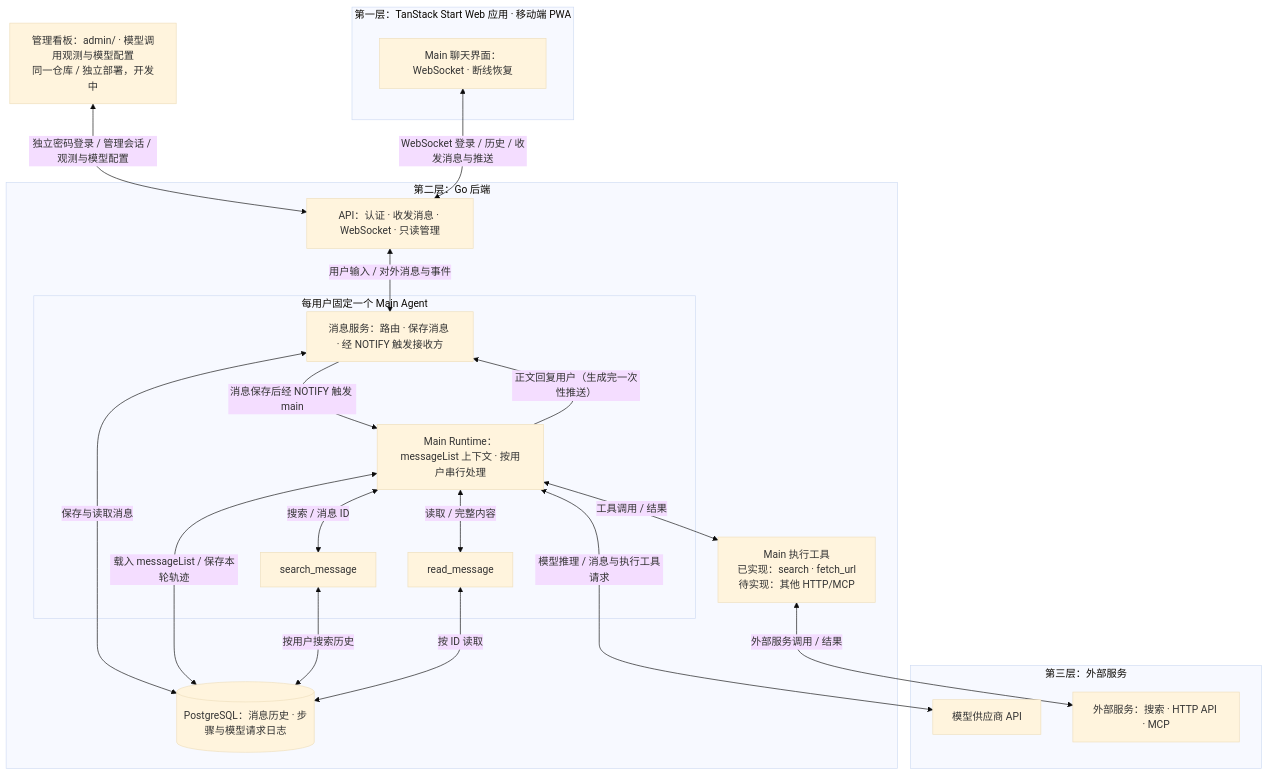
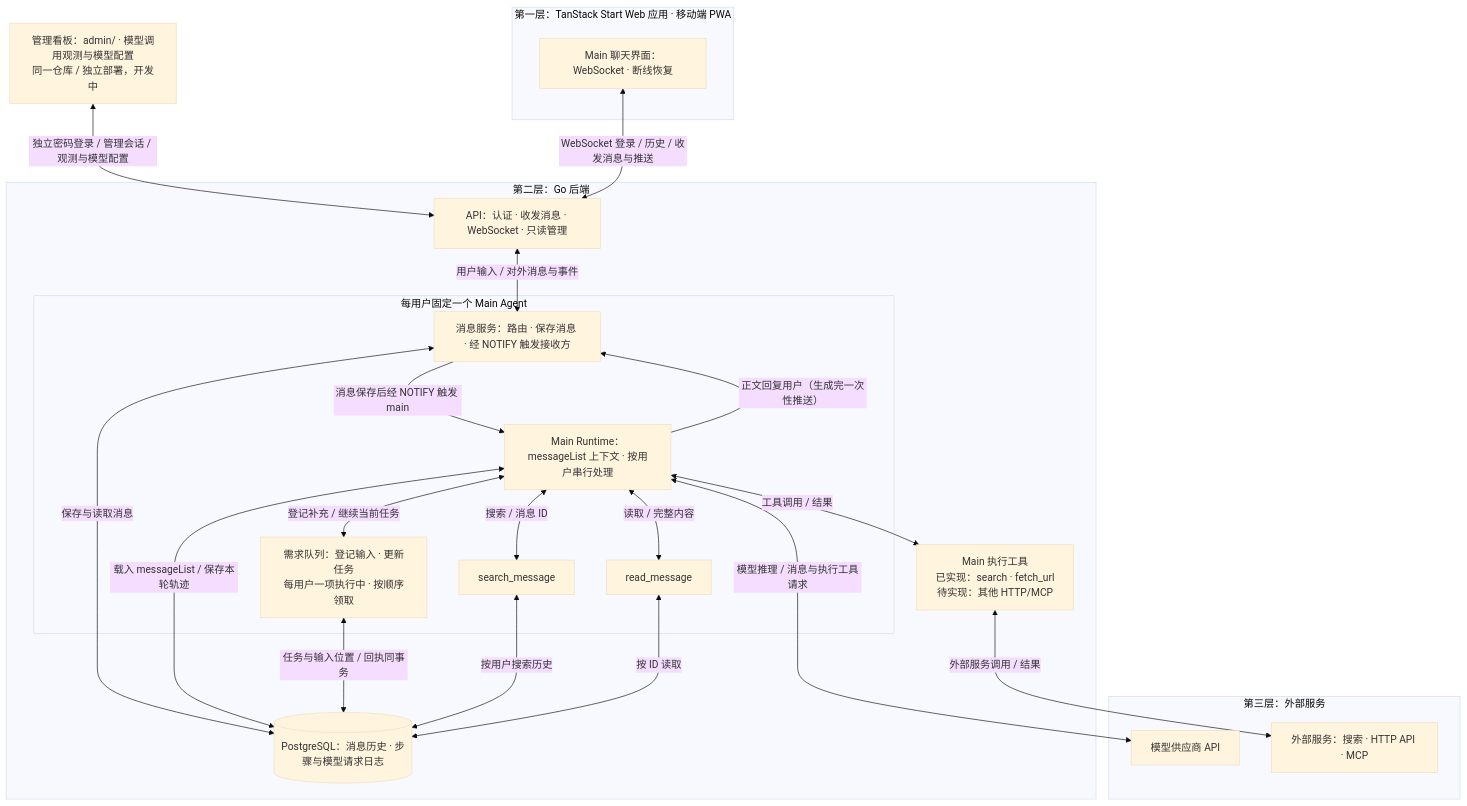
One commit to OmniNetOpensource/aether-personal changed the diagram in docs/architecture.mmd. Above: the diagram before and after it, drawn with Mermaid (base theme). The commit also changed 23 other files, not shown here.

```diff
--- a/docs/architecture.mmd
+++ b/docs/architecture.mmd
@@ -1,42 +1,45 @@
 flowchart TD
     subgraph L1["第一层：TanStack Start Web 应用 · 移动端 PWA"]
         CLIENT["Main 聊天界面：WebSocket · 断线恢复"]
     end
 
     subgraph L2["第二层：Go 后端"]
         API["API：认证 · 收发消息 · WebSocket · 只读管理"]
         MESSAGES["消息服务：路由 · 保存消息 · 经 NOTIFY 触发接收方"]
         DB[("PostgreSQL：消息历史 · 步骤与模型请求日志")]
 
         subgraph MAINBOX["每用户固定一个 Main Agent"]
             MAIN["Main Runtime：messageList 上下文 · 按用户串行处理"]
+            TASKS["需求队列：登记输入 · 更新任务<br/>每用户一项执行中 · 按顺序领取"]
             SEARCH["search_message"]
             READ["read_message"]
 
+            MAIN <-->|"登记补充 / 继续当前任务"| TASKS
             MAIN <-->|"搜索 / 消息 ID"| SEARCH
             MAIN <-->|"读取 / 完整内容"| READ
             MAIN -->|"正文回复用户（生成完一次性推送）"| MESSAGES
         end
 
         TOOLS["Main 执行工具<br/>已实现：search · fetch_url<br/>待实现：其他 HTTP/MCP"]
         MAIN <-->|"工具调用 / 结果"| TOOLS
         API <-->|"用户输入 / 对外消息与事件"| MESSAGES
         MESSAGES <-->|"保存与读取消息"| DB
         MESSAGES -->|"消息保存后经 NOTIFY 触发 main"| MAIN
         MAIN <-->|"载入 messageList / 保存本轮轨迹"| DB
 
+        TASKS <-->|"任务与输入位置 / 回执同事务"| DB
         SEARCH <-->|"按用户搜索历史"| DB
         READ <-->|"按 ID 读取"| DB
 
     end
 
     subgraph L3["第三层：外部服务"]
         MODEL["模型供应商 API"]
         EXTERNAL["外部服务：搜索 · HTTP API · MCP"]
     end
 
     ADMIN["管理看板：admin/ · 模型调用观测与模型配置<br/>同一仓库 / 独立部署，开发中"]
     ADMIN <-->|"独立密码登录 / 管理会话 / 观测与模型配置"| API
     CLIENT <-->|"WebSocket 登录 / 历史 / 收发消息与推送"| API
     MAIN <-->|"模型推理 / 消息与执行工具请求"| MODEL
     TOOLS <-->|"外部服务调用 / 结果"| EXTERNAL
```
